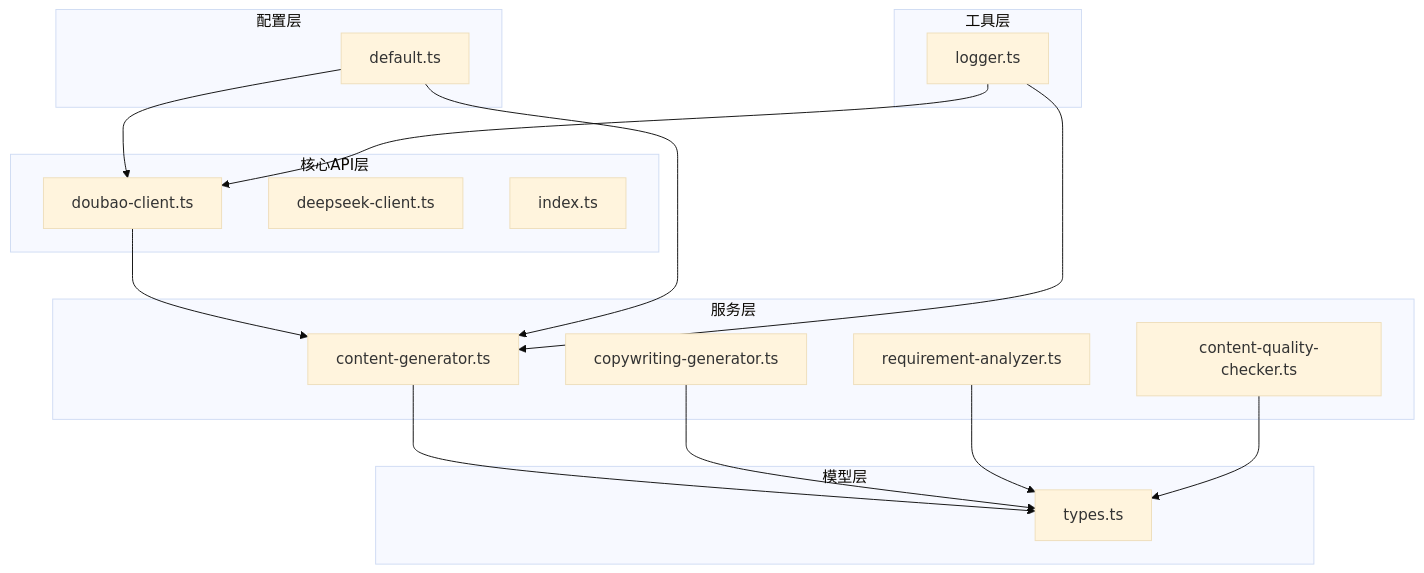
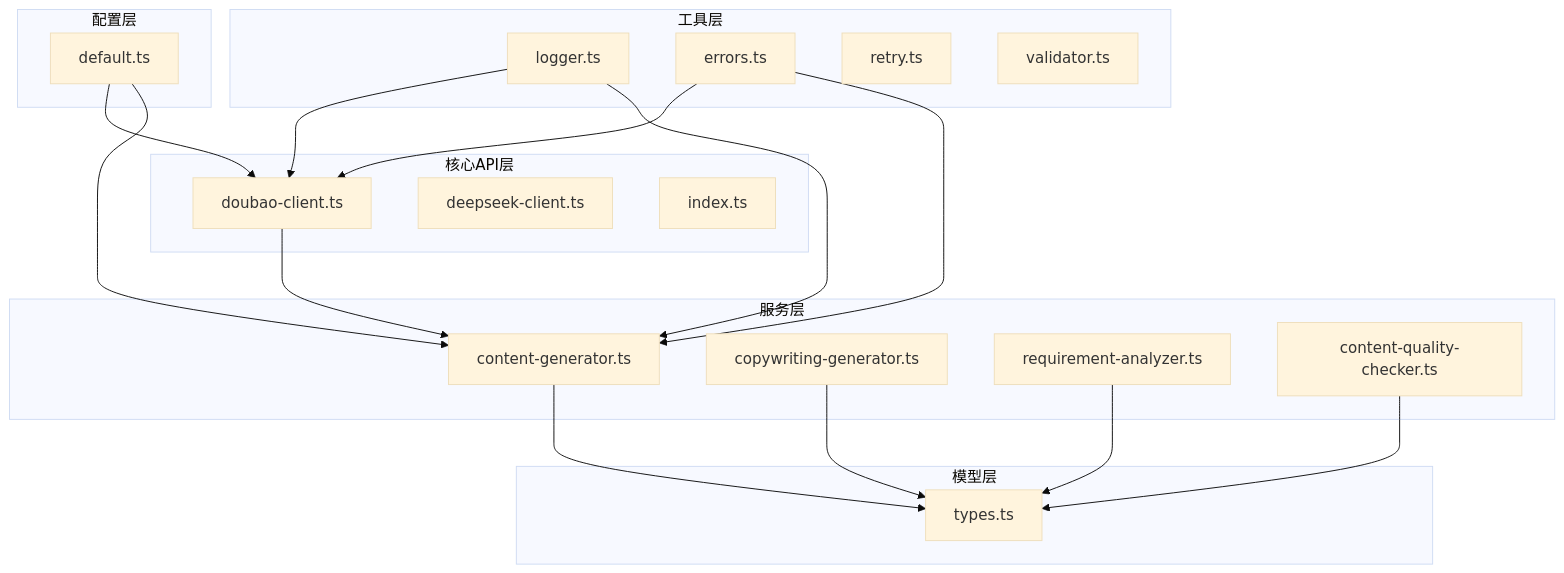
One commit to songdiyang/clawOperations changed the first of 9 diagrams in .qoder/repowiki/zh/content/Doubao Client Api.md. Above: the diagram before and after it, drawn with Mermaid (base theme). The commit also changed other lines of this file and 10 other files, not shown here.

````diff
--- a/.qoder/repowiki/zh/content/Doubao Client Api.md
+++ b/.qoder/repowiki/zh/content/Doubao Client Api.md
@@ -52,32 +55,37 @@
 ```mermaid
 graph TB
 subgraph "核心API层"
 A[doubao-client.ts]
 B[deepseek-client.ts]
 C[index.ts]
 end
 subgraph "服务层"
 D[content-generator.ts]
 E[copywriting-generator.ts]
 F[requirement-analyzer.ts]
 G[content-quality-checker.ts]
 end
 subgraph "模型层"
 H[types.ts]
 end
 subgraph "配置层"
 I[default.ts]
 end
 subgraph "工具层"
 J[logger.ts]
+K[errors.ts]
+L[retry.ts]
+M[validator.ts]
 end
 A --> D
 D --> H
 E --> H
 F --> H
 G --> H
 I --> A
 I --> D
 J --> A
 J --> D
+K --> A
+K --> D
 ```
````
